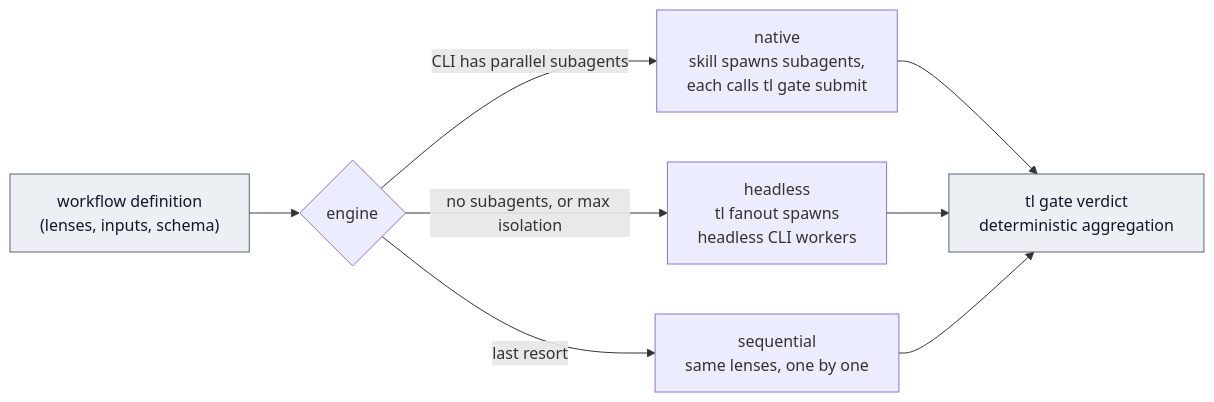
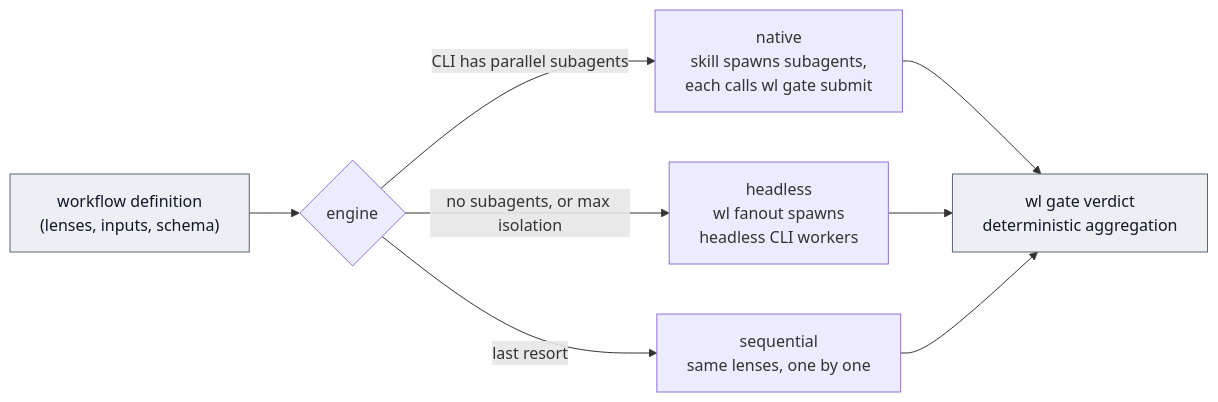
One commit to dreamingechoes/wholeloop changed the first of 2 diagrams in docs/architecture/orchestration-and-gates.md. Above: the diagram before and after it, drawn with Mermaid. The commit also changed other lines of this file and 61 other files, not shown here.

````diff
--- a/docs/architecture/orchestration-and-gates.md
+++ b/docs/architecture/orchestration-and-gates.md
@@ -27,9 +27,9 @@
 ```mermaid
 flowchart LR
   W["workflow definition<br/>(lenses, inputs, schema)"]:::core --> E{"engine"}
-  E -- "CLI has parallel subagents" --> N["native<br/>skill spawns subagents,<br/>each calls tl gate submit"]
-  E -- "no subagents, or max isolation" --> H["headless<br/>tl fanout spawns<br/>headless CLI workers"]
+  E -- "CLI has parallel subagents" --> N["native<br/>skill spawns subagents,<br/>each calls wl gate submit"]
+  E -- "no subagents, or max isolation" --> H["headless<br/>wl fanout spawns<br/>headless CLI workers"]
   E -- "last resort" --> S["sequential<br/>same lenses, one by one"]
-  N & H & S --> AGG["tl gate verdict<br/>deterministic aggregation"]:::core
+  N & H & S --> AGG["wl gate verdict<br/>deterministic aggregation"]:::core
   classDef core fill:#eceff3,stroke:#5b6573,color:#111827;
 ```
````
